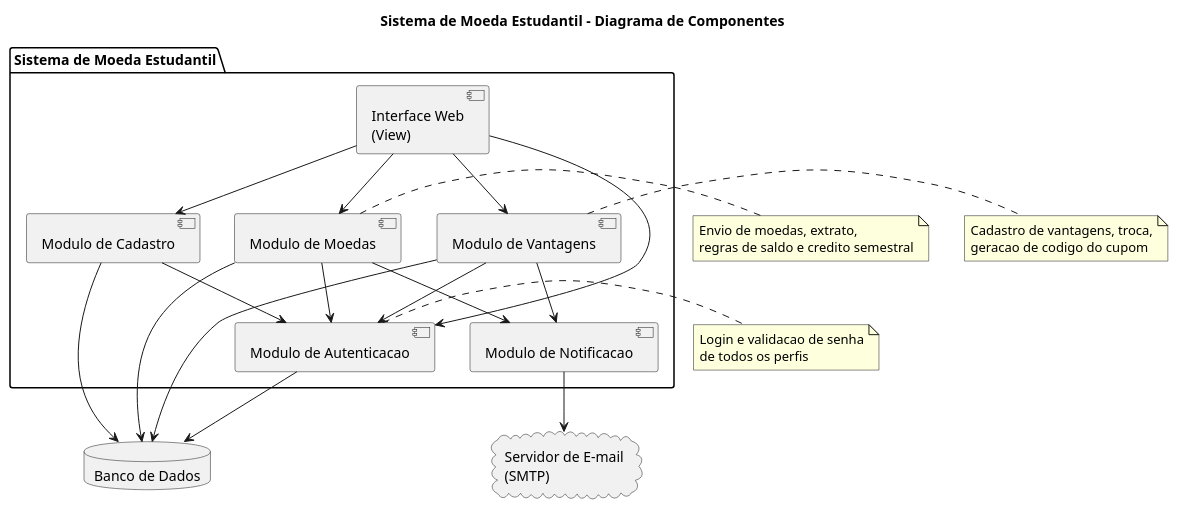
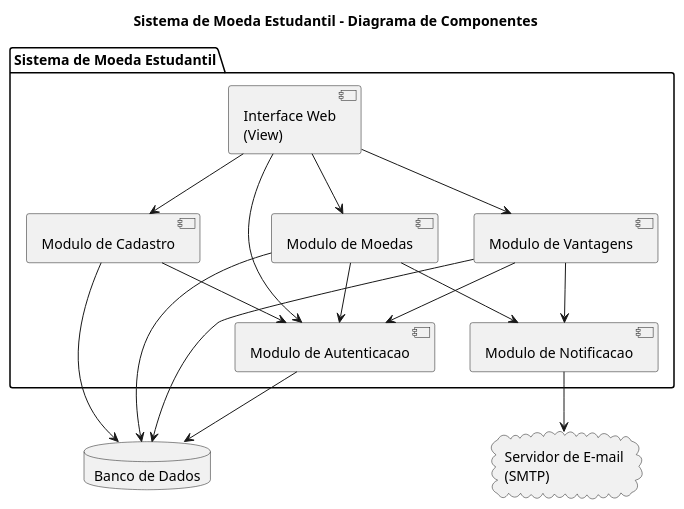
Before and after one commit to fillmello/lab03_rounds: the diagram in docs/diagramas/diagrama-de-componentes.puml, drawn with PlantUML. The commit also changed 11 other files, not shown here.

```diff
--- a/docs/diagramas/diagrama-de-componentes.puml
+++ b/docs/diagramas/diagrama-de-componentes.puml
@@ -1,49 +1,37 @@
 @startuml diagrama-de-componentes
 title Sistema de Moeda Estudantil - Diagrama de Componentes
 skinparam shadowing false
 skinparam componentStyle uml2
 
 package "Sistema de Moeda Estudantil" {
   [Interface Web\n(View)] as UI
   [Modulo de Autenticacao] as Auth
   [Modulo de Cadastro] as Cadastro
   [Modulo de Moedas] as Moedas
   [Modulo de Vantagens] as Vantagens
   [Modulo de Notificacao] as Notif
 }
 
 database "Banco de Dados" as DB
 cloud "Servidor de E-mail\n(SMTP)" as SMTP
 
 UI --> Auth
 UI --> Cadastro
 UI --> Moedas
 UI --> Vantagens
 
 Cadastro --> Auth
 Moedas --> Auth
 Vantagens --> Auth
 
 Moedas --> Notif
 Vantagens --> Notif
 
 Auth --> DB
 Cadastro --> DB
 Moedas --> DB
 Vantagens --> DB
 
 Notif --> SMTP
 
-note right of Auth
-  Login e validacao de senha
-  de todos os perfis
-end note
-note right of Moedas
-  Envio de moedas, extrato,
-  regras de saldo e credito semestral
-end note
-note right of Vantagens
-  Cadastro de vantagens, troca,
-  geracao de codigo do cupom
-end note
 @enduml
```
